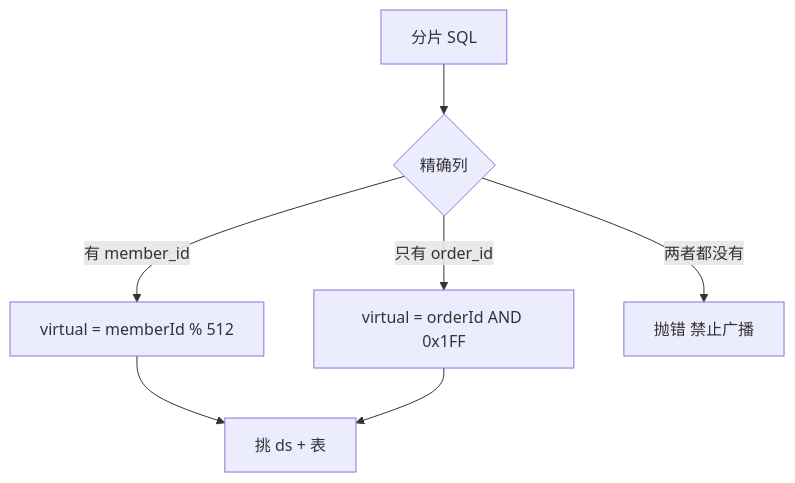
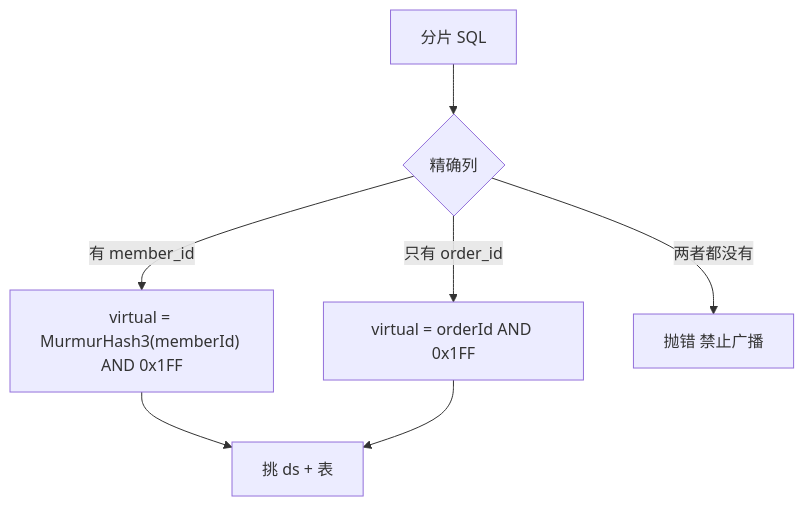
The third of 4 diagrams in demo2/docs/superpowers/specs/2026-08-30-order-sharding-gene-design.md (jasonsoso/spring-ai-demo), drawn with Mermaid before and after one commit. The commit also changed other lines of this file and 19 other files, not shown here.

````diff
--- a/demo2/docs/superpowers/specs/2026-08-30-order-sharding-gene-design.md
+++ b/demo2/docs/superpowers/specs/2026-08-30-order-sharding-gene-design.md
@@ -191,9 +193,9 @@
 ```mermaid
 flowchart TD
   SQL[分片 SQL] --> COL{精确列}
-  COL -->|有 member_id| MV["virtual = memberId % 512"]
+  COL -->|有 member_id| MV["virtual = MurmurHash3(memberId) AND 0x1FF"]
   COL -->|只有 order_id| OV["virtual = orderId AND 0x1FF"]
   COL -->|两者都没有| ERR[抛错 禁止广播]
   MV --> PICK[挑 ds + 表]
   OV --> PICK
 ```
````
